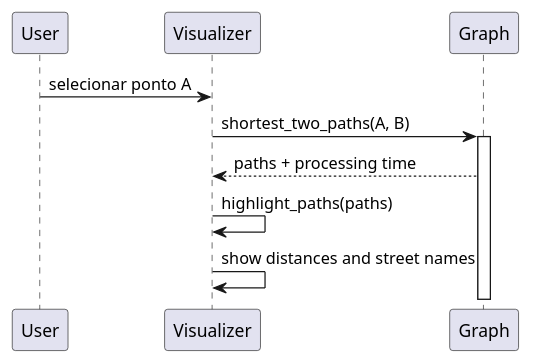
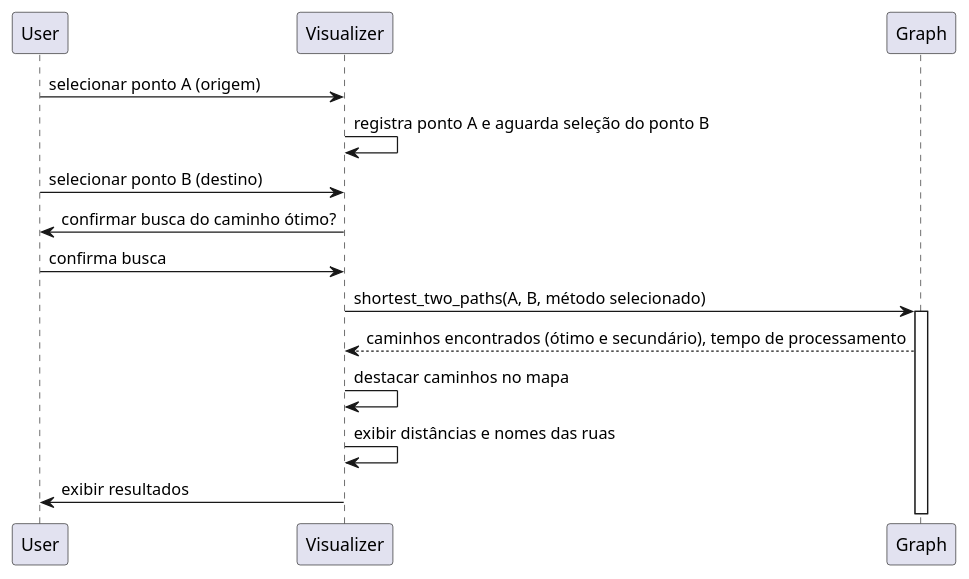
The diagram in code PY/diagrams/sequence_diagram.puml (JuliaMedeir0s/Trabalho-de-Grafos), drawn with PlantUML before and after one commit. The commit also changed 1 other file, not shown here.

Commit message:
Atualizar diagramas

```diff
--- a/code PY/diagrams/sequence_diagram.puml
+++ b/code PY/diagrams/sequence_diagram.puml
@@ -1,12 +1,20 @@
 @startuml
 participant User
 participant Visualizer
 participant Graph
 
-User -> Visualizer: selecionar ponto A
-Visualizer -> Graph: shortest_two_paths(A, B)
+User -> Visualizer: selecionar ponto A (origem)
+Visualizer -> Visualizer: registra ponto A e aguarda seleção do ponto B
+
+User -> Visualizer: selecionar ponto B (destino)
+Visualizer -> User: confirmar busca do caminho ótimo?
+User -> Visualizer: confirma busca
+
+Visualizer -> Graph: shortest_two_paths(A, B, método selecionado)
 activate Graph
-Graph --> Visualizer: paths + processing time
-Visualizer -> Visualizer: highlight_paths(paths)
-Visualizer -> Visualizer: show distances and street names
+Graph --> Visualizer: caminhos encontrados (ótimo e secundário), tempo de processamento
+
+Visualizer -> Visualizer: destacar caminhos no mapa
+Visualizer -> Visualizer: exibir distâncias e nomes das ruas
+Visualizer -> User: exibir resultados
 @enduml
```
